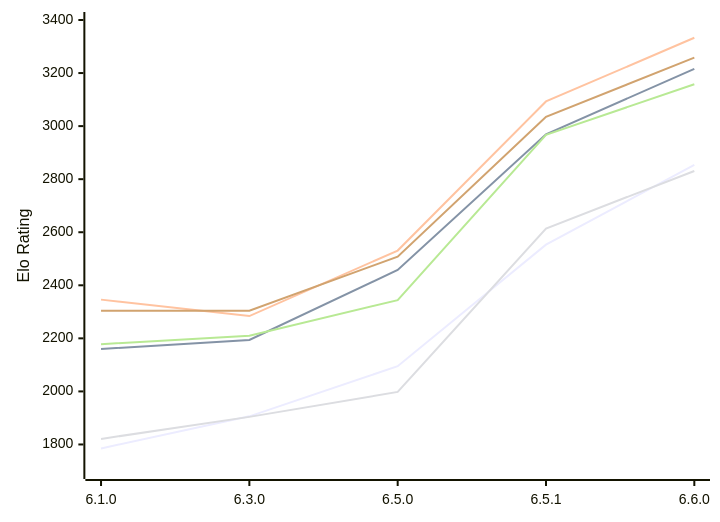
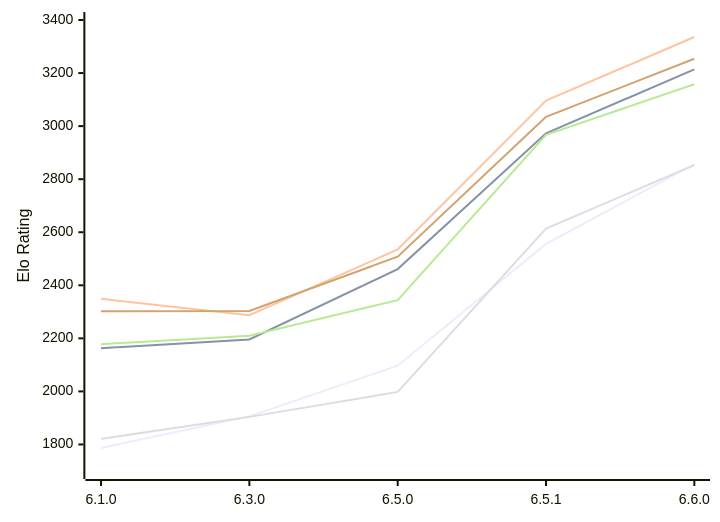
The diagram in engines/Luminex.md (computer-chess-index/cci), drawn with Mermaid before and after one commit. The commit also changed other lines of this file, not shown here.

Commit message:
Update CCI Ratings (ELO VLTC) - 2026-11-22

````diff
--- a/engines/Luminex.md
+++ b/engines/Luminex.md
@@ -55,12 +55,12 @@
 ```mermaid
 %%{init: {"theme":"base","themeVariables":{"seriesColors:['#a3a3a3','#222221','#faa371']}}}%%
 xychart-beta
   x-axis ["6.1.0", "6.3.0", "6.5.0", "6.5.1", "6.6.0"]
   y-axis "Elo Rating" 1700 --> 3400
-  line "E1: STC (8.0+0.08s)" [1785, 1906, 2095, 2553, 2854]
-  line "E1: LTC (60.0+0.60s)" [2160, 2194, 2458, 2969, 3216]
-  line "E1: VLTC (2m24s+1.12s)" [2346, 2284, 2531, 3093, 3333]
-  line "P1: STC (8.0+0.08s)" [1821, 1904, 1998, 2614, 2831]
+  line "E1: STC (8.0+0.08s)" [1787, 1906, 2097, 2556, 2857]
+  line "E1: LTC (60.0+0.60s)" [2163, 2196, 2461, 2973, 3214]
+  line "E1: VLTC (2m24s+1.12s)" [2349, 2287, 2535, 3096, 3336]
+  line "P1: STC (8.0+0.08s)" [1821, 1904, 1998, 2614, 2853]
   line "P1: LTC (60.0+0.60s)" [2178, 2210, 2344, 2967, 3158]
-  line "P1: VLTC (2m24s+1.12s)" [2304, 2304, 2508, 3035, 3258]
+  line "P1: VLTC (2m24s+1.12s)" [2302, 2303, 2508, 3035, 3254]
 ```
````
